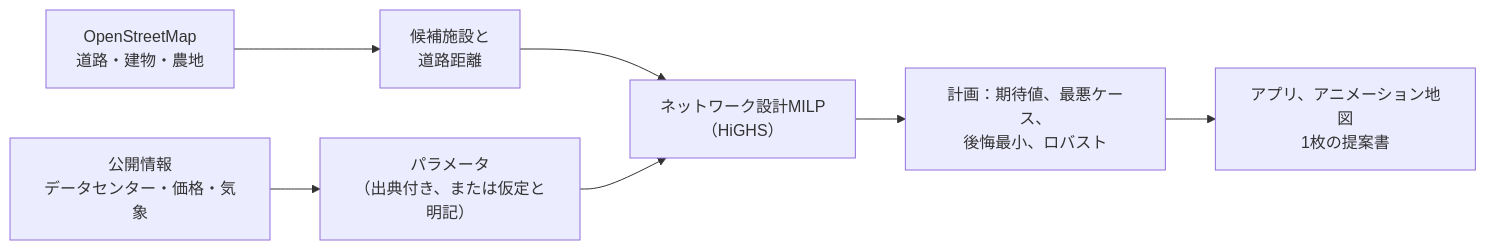
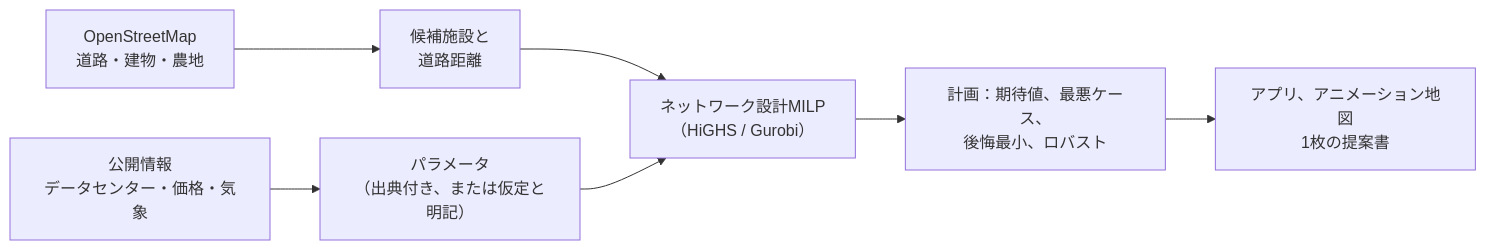
One commit to ACurnow/team-data-center changed the diagram in README.ja.md. Above: the diagram before and after it, drawn with Mermaid. The commit also changed 1 other file, not shown here.

Commit message:
README: the pipeline diagram names both solvers (HiGHS / Gurobi) (#21)
The diagram in "How it works" labelled the network-design MILP with HiGHS only. The model runs on HiGHS by default and on Gurobi with DCOPT_SOLVER=gurobi, so the label now reads "HiGHS / Gurobi" in both READMEs. The test suite passes with either solver.

````diff
--- a/README.ja.md
+++ b/README.ja.md
@@ -177,9 +177,9 @@
 ```mermaid
 flowchart LR
   OSM["OpenStreetMap<br/>道路・建物・農地"] --> CAND["候補施設と<br/>道路距離"]
   SRC["公開情報<br/>データセンター・価格・気象"] --> PAR["パラメータ<br/>（出典付き、または仮定と明記）"]
-  CAND --> MILP["ネットワーク設計MILP<br/>（HiGHS）"]
+  CAND --> MILP["ネットワーク設計MILP<br/>（HiGHS / Gurobi）"]
   PAR --> MILP
   MILP --> PLANS["計画：期待値、最悪ケース、<br/>後悔最小、ロバスト"]
   PLANS --> APP["アプリ、アニメーション地図<br/>1枚の提案書"]
 ```
````
